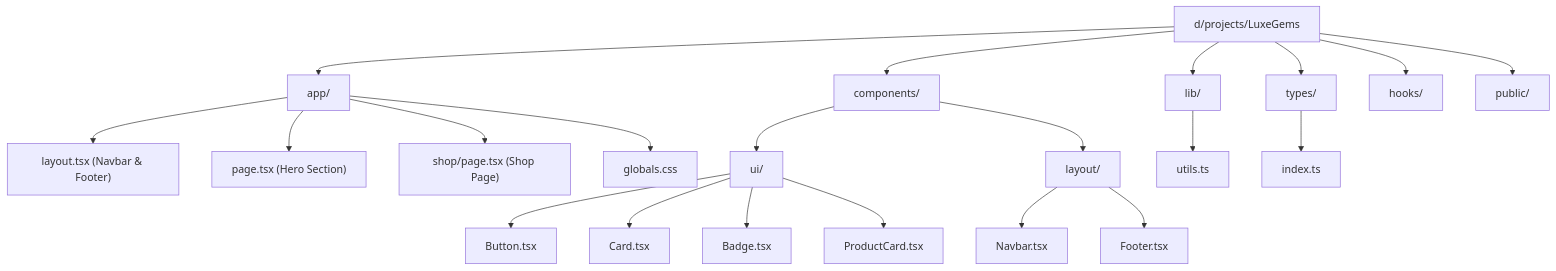
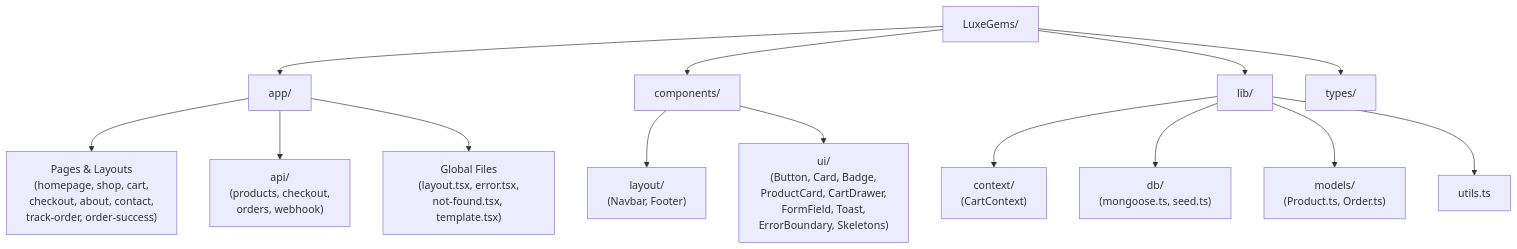
The first of 6 diagrams in README.md (nandakumar-nandu/LuxeGems), drawn with Mermaid before and after one commit. The commit also changed other lines of this file and 10 other files, not shown here.

````diff
--- a/README.md
+++ b/README.md
@@ -73,29 +214,20 @@
 ```mermaid
 graph TD
-    Root[d/projects/LuxeGems]
+    Root[LuxeGems/]
     Root --> App[app/]
     Root --> Comp[components/]
     Root --> Lib[lib/]
     Root --> Types[types/]
-    Root --> Hooks[hooks/]
-    Root --> Pub[public/]
 
-    App --> Layout["layout.tsx (Navbar & Footer)"]
-    App --> Page["page.tsx (Hero Section)"]
-    App --> Shop["shop/page.tsx (Shop Page)"]
-    App --> CSS[globals.css]
+    App --> Pages["Pages & Layouts<br/>(homepage, shop, cart,<br/>checkout, about, contact,<br/>track-order, order-success)"]
+    App --> API["api/<br/>(products, checkout,<br/>orders, webhook)"]
+    App --> AppGlobal["Global Files<br/>(layout.tsx, error.tsx,<br/>not-found.tsx, template.tsx)"]
 
-    Comp --> UI[ui/]
-    Comp --> LayoutComp[layout/]
+    Comp --> Layout["layout/<br/>(Navbar, Footer)"]
+    Comp --> UI["ui/<br/>(Button, Card, Badge,<br/>ProductCard, CartDrawer,<br/>FormField, Toast,<br/>ErrorBoundary, Skeletons)"]
 
-    UI --> Button[Button.tsx]
-    UI --> Card[Card.tsx]
-    UI --> Badge[Badge.tsx]
-    UI --> ProductCard[ProductCard.tsx]
-
-    LayoutComp --> Navbar[Navbar.tsx]
-    LayoutComp --> Footer[Footer.tsx]
-
-    Lib --> Utils[utils.ts]
-    Types --> TypeIndex[index.ts]
+    Lib --> Context["context/<br/>(CartContext)"]
+    Lib --> DB["db/<br/>(mongoose.ts, seed.ts)"]
+    Lib --> Models["models/<br/>(Product.ts, Order.ts)"]
+    Lib --> Utils["utils.ts"]
 ```
````
